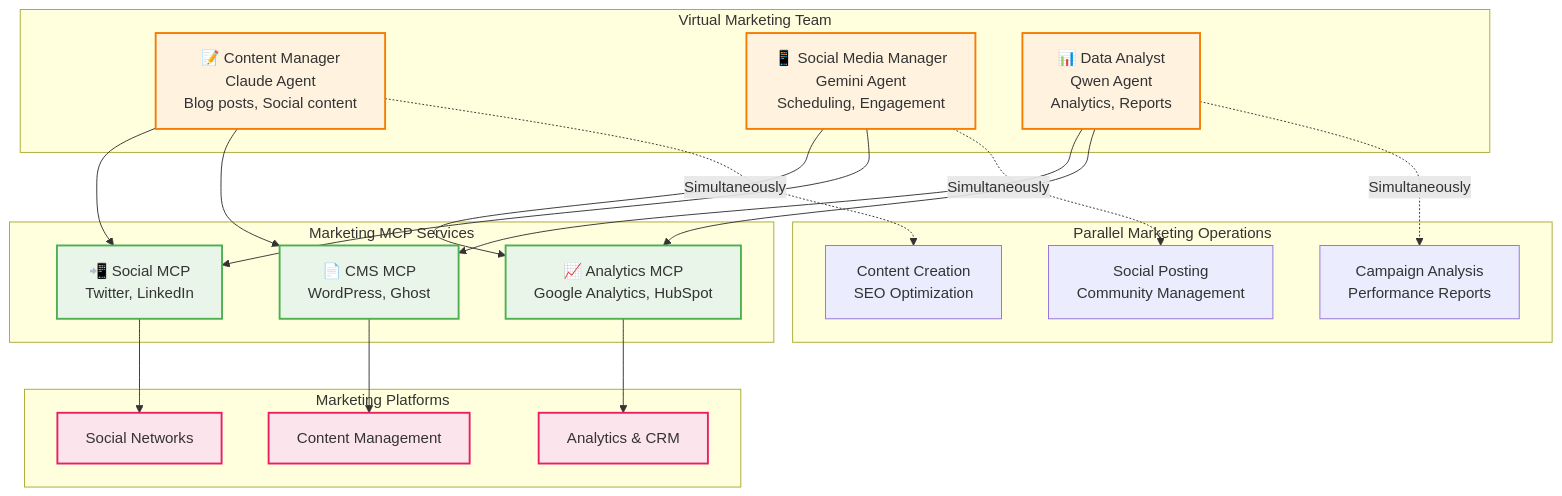
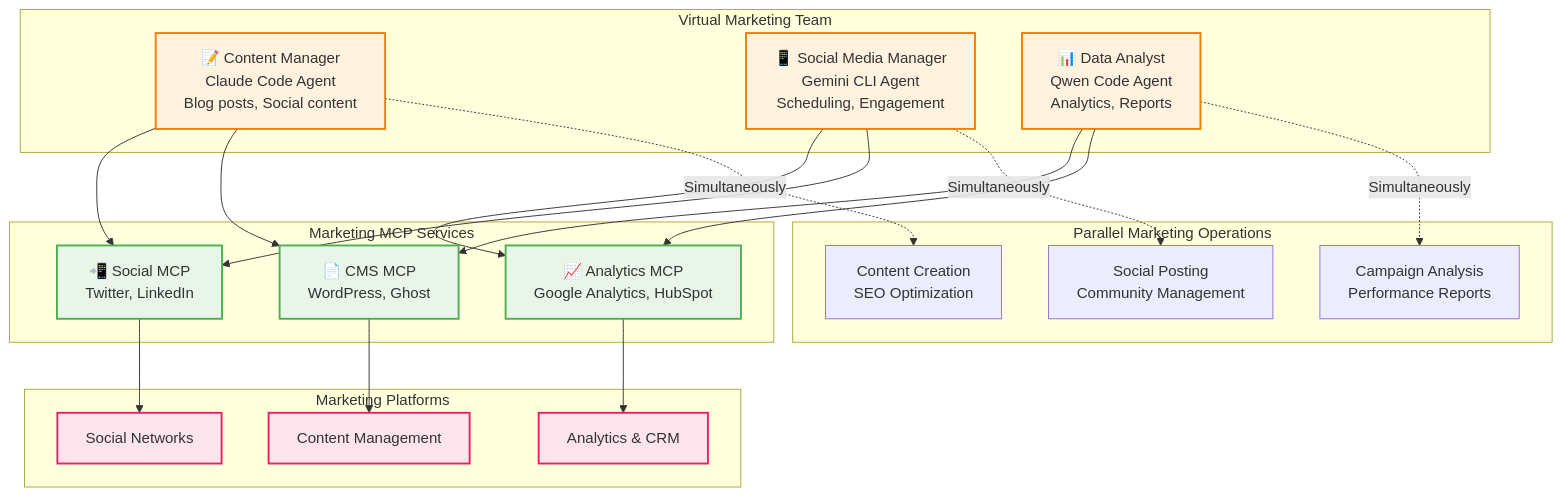
One commit to diazoxide/autoteam changed the second of 5 diagrams in README.md. Above: the diagram before and after it, drawn with Mermaid. The commit also changed other lines of this file, not shown here.

First line of the commit message:
Update AI agent names to specify CLI/Code versions and scalability

````diff
--- a/README.md
+++ b/README.md
@@ -68,46 +68,46 @@
 ```mermaid
 graph TB
     subgraph "Virtual Marketing Team"
-        CM[📝 Content Manager<br/>Claude Agent<br/>Blog posts, Social content]
-        SM[📱 Social Media Manager<br/>Gemini Agent<br/>Scheduling, Engagement]
-        DA[📊 Data Analyst<br/>Qwen Agent<br/>Analytics, Reports]
+        CM[📝 Content Manager<br/>Claude Code Agent<br/>Blog posts, Social content]
+        SM[📱 Social Media Manager<br/>Gemini CLI Agent<br/>Scheduling, Engagement]
+        DA[📊 Data Analyst<br/>Qwen Code Agent<br/>Analytics, Reports]
     end
     
     subgraph "Parallel Marketing Operations"
         CM -.->|Simultaneously| MFLOW1[Content Creation<br/>SEO Optimization]
         SM -.->|Simultaneously| MFLOW2[Social Posting<br/>Community Management]
         DA -.->|Simultaneously| MFLOW3[Campaign Analysis<br/>Performance Reports]
     end
     
     subgraph "Marketing MCP Services"
         CMS_MCP[📄 CMS MCP<br/>WordPress, Ghost]
         Social_MCP[📲 Social MCP<br/>Twitter, LinkedIn]
         Analytics_MCP[📈 Analytics MCP<br/>Google Analytics, HubSpot]
     end
     
     subgraph "Marketing Platforms"
         CMS[Content Management]
         SocialPlatforms[Social Networks]
         MarketingTools[Analytics & CRM]
     end
     
     CM --> CMS_MCP
     SM --> Social_MCP
     DA --> Analytics_MCP
     
     CM --> Social_MCP
     SM --> Analytics_MCP
     DA --> CMS_MCP
     
     CMS_MCP --> CMS
     Social_MCP --> SocialPlatforms
     Analytics_MCP --> MarketingTools
     
     classDef agent fill:#fff3e0,stroke:#f57c00,stroke-width:2px
     classDef mcp fill:#e8f5e8,stroke:#4caf50,stroke-width:2px
     classDef platform fill:#fce4ec,stroke:#e91e63,stroke-width:2px
     
     class CM,SM,DA agent
     class CMS_MCP,Social_MCP,Analytics_MCP mcp
     class CMS,SocialPlatforms,MarketingTools platform
 ```
````
